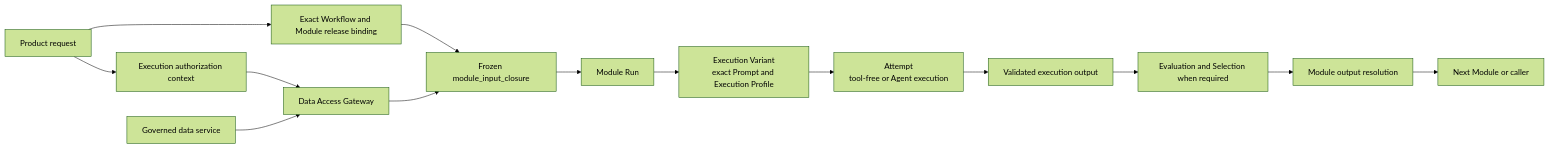
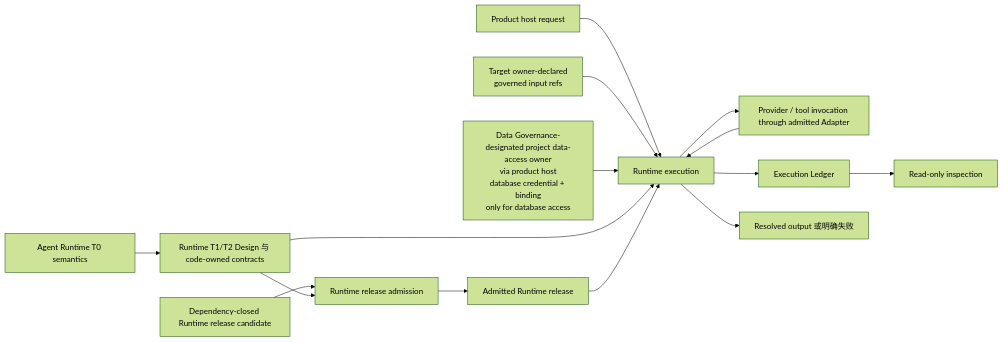
Before and after one commit to bobaoai/agent_runtime: the diagram in designDoc/the_agent_runtime.md, drawn with Mermaid (forest theme). The commit also changed other lines of this file and 80 other files, not shown here.

````diff
--- a/designDoc/the_agent_runtime.md
+++ b/designDoc/the_agent_runtime.md
@@ -149,16 +80,17 @@
 ```mermaid
 flowchart LR
-    REQUEST["Product request"] --> AUTH["Execution authorization context"]
-    REQUEST --> BIND["Exact Workflow and Module release binding"]
-    AUTH --> GATE["Data Access Gateway"]
-    DATA["Governed data service"] --> GATE
-    BIND --> INPUT["Frozen module_input_closure"]
-    GATE --> INPUT
-    INPUT --> RUN["Module Run"]
-    RUN --> VARIANT["Execution Variant<br/>exact Prompt and Execution Profile"]
-    VARIANT --> ATTEMPT["Attempt<br/>tool-free or Agent execution"]
-    ATTEMPT --> OUTPUT["Validated execution output"]
-    OUTPUT --> EVAL["Evaluation and Selection when required"]
-    EVAL --> RESOLVE["Module output resolution"]
-    RESOLVE --> NEXT["Next Module or caller"]
+    T0["Agent Runtime T0 semantics"] --> T1["Runtime T1/T2 Design 与 code-owned contracts"]
+    C["Dependency-closed Runtime release candidate"] --> A["Runtime release admission"]
+    T1 --> A
+    A --> R["Admitted Runtime release"]
+    H["Product host request"] --> E["Runtime execution"]
+    X["Target owner-declared<br/>governed input refs"] --> E
+    D["Data Governance-designated project data-access owner<br/>via product host<br/>database credential + binding<br/>only for database access"] --> E
+    T1 --> E
+    R --> E
+    E --> I["Provider / tool invocation through admitted Adapter"]
+    I --> E
+    E --> L["Execution Ledger"]
+    E --> O["Resolved output 或明确失败"]
+    L --> P["Read-only inspection"]
 ```
````
